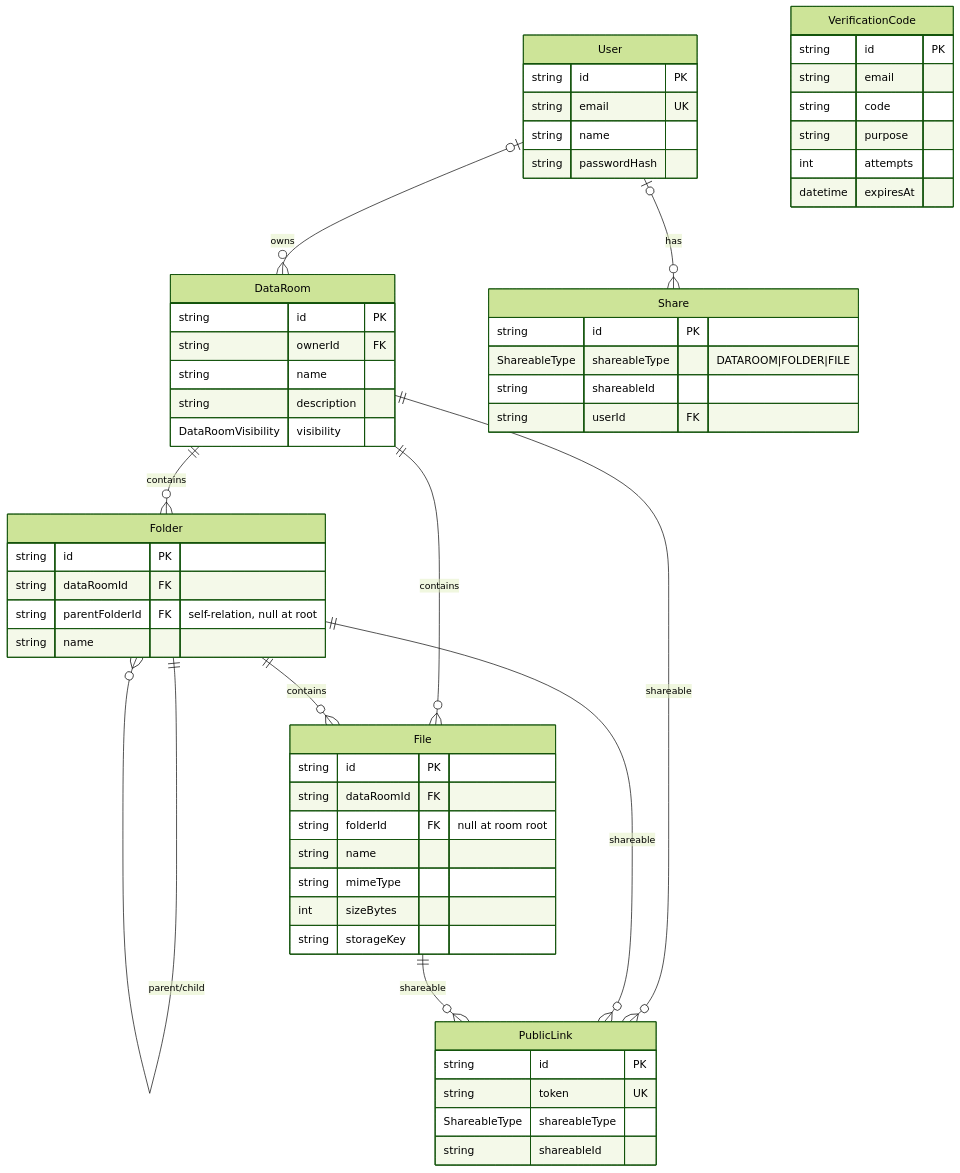
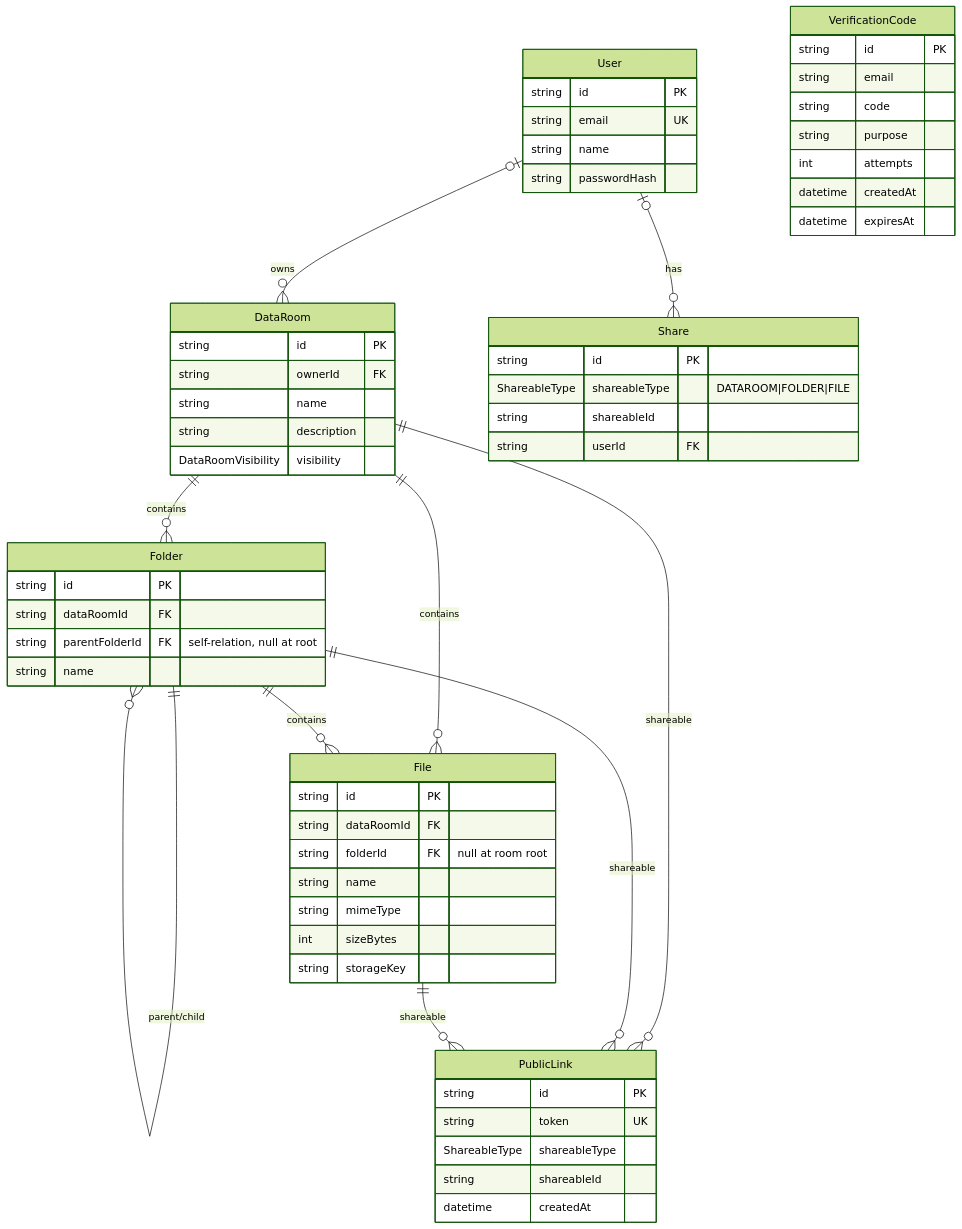
The diagram in README.md (acvid3/acme-data-room), drawn with Mermaid (forest theme) before and after one commit. The commit also changed other lines of this file and 1 other file, not shown here.

````diff
--- a/README.md
+++ b/README.md
@@ -183,61 +220,63 @@
 ```mermaid
 erDiagram
     User |o--o{ DataRoom : owns
     DataRoom ||--o{ Folder : contains
     DataRoom ||--o{ File : contains
     Folder ||--o{ Folder : "parent/child"
     Folder ||--o{ File : contains
     User |o--o{ Share : has
     DataRoom ||--o{ PublicLink : "shareable"
     Folder ||--o{ PublicLink : "shareable"
     File ||--o{ PublicLink : "shareable"
 
     User {
         string id PK
         string email UK
         string name
         string passwordHash
     }
     DataRoom {
         string id PK
         string ownerId FK
         string name
         string description
         DataRoomVisibility visibility
     }
     Folder {
         string id PK
         string dataRoomId FK
         string parentFolderId FK "self-relation, null at root"
         string name
     }
     File {
         string id PK
         string dataRoomId FK
         string folderId FK "null at room root"
         string name
         string mimeType
         int sizeBytes
         string storageKey
     }
     Share {
         string id PK
         ShareableType shareableType "DATAROOM|FOLDER|FILE"
         string shareableId
         string userId FK
     }
     PublicLink {
         string id PK
         string token UK
         ShareableType shareableType
         string shareableId
+        datetime createdAt
     }
     VerificationCode {
         string id PK
         string email
         string code
         string purpose
         int attempts
+        datetime createdAt
         datetime expiresAt
     }
 ```
````
